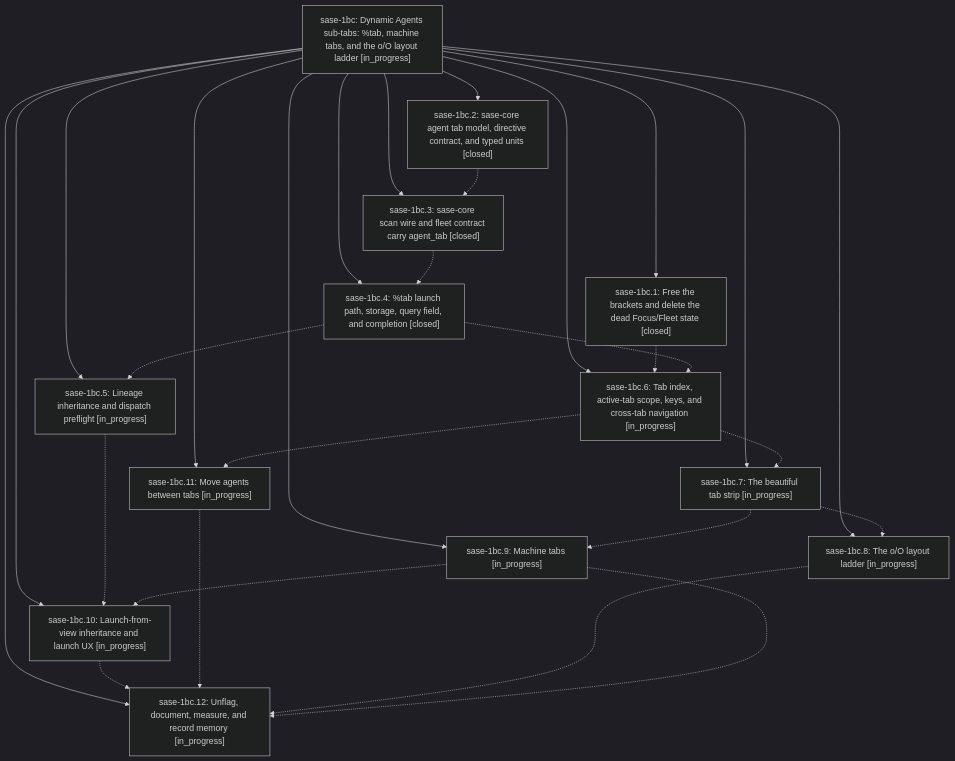
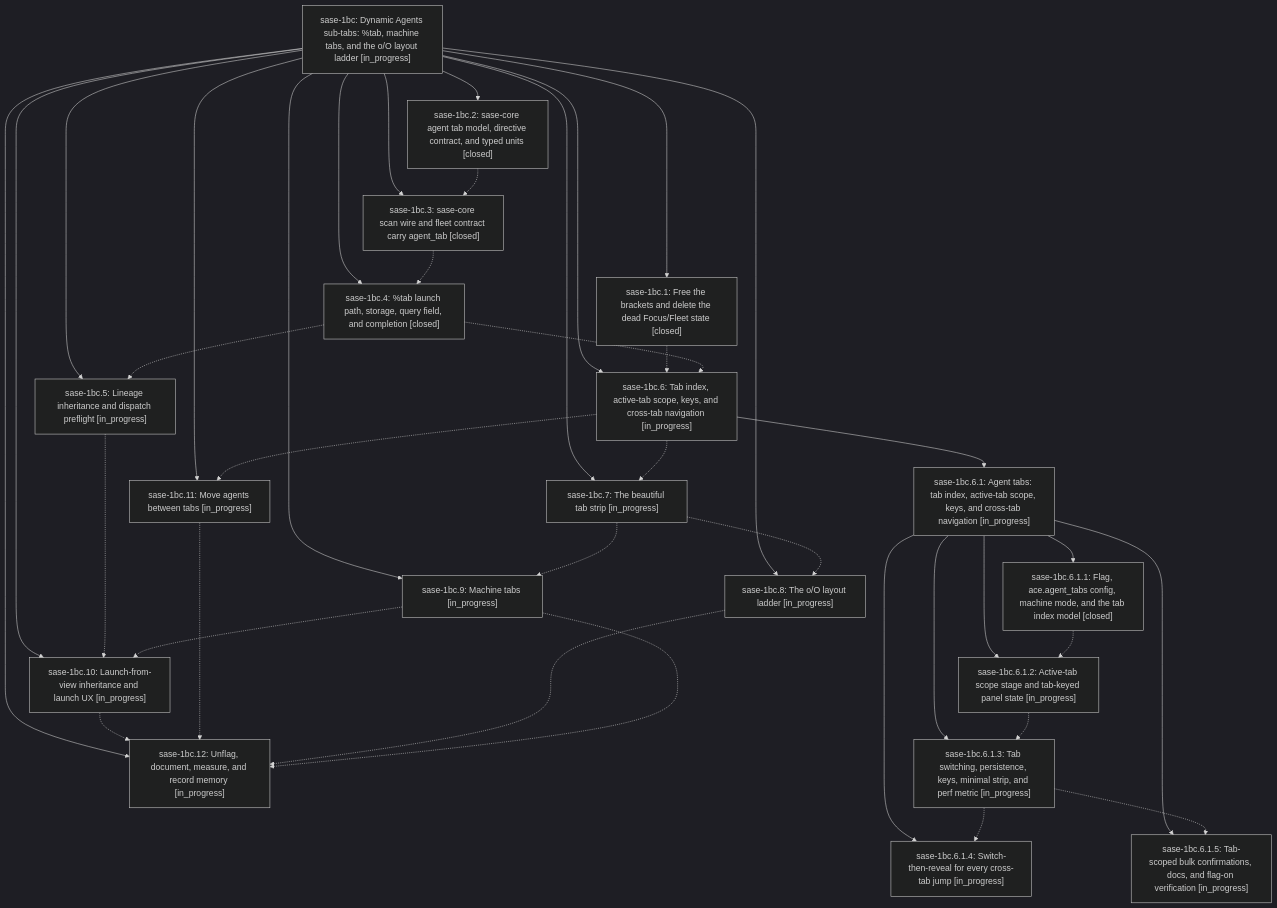
One commit to sase-org/sase--beads changed the diagram in pages/sase-1bc/README.md. Above: the diagram before and after it, drawn with Mermaid (dark theme). The commit also changed other lines of this file and 7 other files, not shown here.

````diff
--- a/pages/sase-1bc/README.md
+++ b/pages/sase-1bc/README.md
@@ -45,43 +45,59 @@
 ```mermaid
 flowchart TD
     n0["sase-1bc: Dynamic Agents sub-tabs: %tab, machine tabs, and the o/O layout ladder [in_progress]"]
     n1["sase-1bc.1: Free the brackets and delete the dead Focus/Fleet state [closed]"]
     n2["sase-1bc.10: Launch-from-view inheritance and launch UX [in_progress]"]
     n3["sase-1bc.11: Move agents between tabs [in_progress]"]
     n4["sase-1bc.12: Unflag, document, measure, and record memory [in_progress]"]
     n5["sase-1bc.2: sase-core agent tab model, directive contract, and typed units [closed]"]
     n6["sase-1bc.3: sase-core scan wire and fleet contract carry agent_tab [closed]"]
     n7["sase-1bc.4: %tab launch path, storage, query field, and completion [closed]"]
     n8["sase-1bc.5: Lineage inheritance and dispatch preflight [in_progress]"]
     n9["sase-1bc.6: Tab index, active-tab scope, keys, and cross-tab navigation [in_progress]"]
-    n10["sase-1bc.7: The beautiful tab strip [in_progress]"]
-    n11["sase-1bc.8: The o/O layout ladder [in_progress]"]
-    n12["sase-1bc.9: Machine tabs [in_progress]"]
+    n10["sase-1bc.6.1: Agent tabs: tab index, active-tab scope, keys, and cross-tab navigation [in_progress]"]
+    n11["sase-1bc.6.1.1: Flag, ace.agent_tabs config, machine mode, and the tab index model [closed]"]
+    n12["sase-1bc.6.1.2: Active-tab scope stage and tab-keyed panel state [in_progress]"]
+    n13["sase-1bc.6.1.3: Tab switching, persistence, keys, minimal strip, and perf metric [in_progress]"]
+    n14["sase-1bc.6.1.4: Switch-then-reveal for every cross-tab jump [in_progress]"]
+    n15["sase-1bc.6.1.5: Tab-scoped bulk confirmations, docs, and flag-on verification [in_progress]"]
+    n16["sase-1bc.7: The beautiful tab strip [in_progress]"]
+    n17["sase-1bc.8: The o/O layout ladder [in_progress]"]
+    n18["sase-1bc.9: Machine tabs [in_progress]"]
     n0 --> n1
     n0 --> n2
     n0 --> n3
     n0 --> n4
     n0 --> n5
     n0 --> n6
     n0 --> n7
     n0 --> n8
     n0 --> n9
-    n0 --> n10
-    n0 --> n11
-    n0 --> n12
+    n9 --> n10
+    n10 --> n11
+    n10 --> n12
+    n10 --> n13
+    n10 --> n14
+    n10 --> n15
+    n0 --> n16
+    n0 --> n17
+    n0 --> n18
     n1 -.-> n9
     n2 -.-> n4
     n3 -.-> n4
     n5 -.-> n6
     n6 -.-> n7
     n7 -.-> n8
     n7 -.-> n9
     n8 -.-> n2
     n9 -.-> n3
-    n9 -.-> n10
-    n10 -.-> n11
-    n10 -.-> n12
-    n11 -.-> n4
-    n12 -.-> n2
-    n12 -.-> n4
+    n9 -.-> n16
+    n11 -.-> n12
+    n12 -.-> n13
+    n13 -.-> n14
+    n13 -.-> n15
+    n16 -.-> n17
+    n16 -.-> n18
+    n17 -.-> n4
+    n18 -.-> n2
+    n18 -.-> n4
 ```
````
